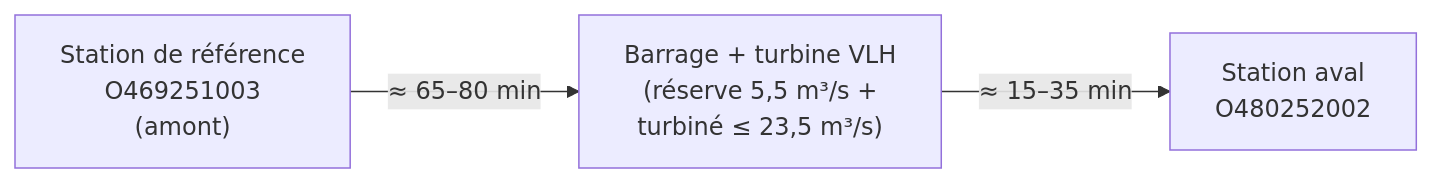
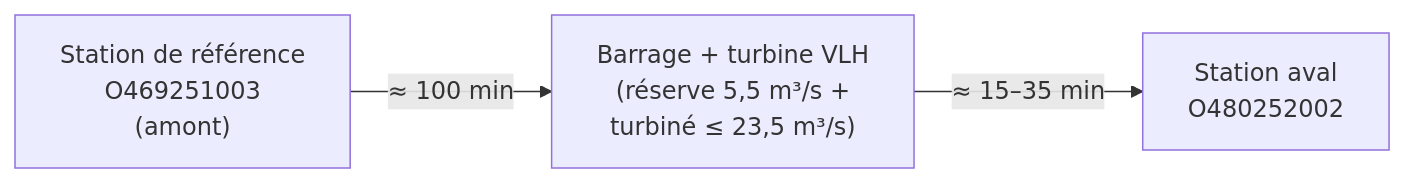
Before and after one commit to luniks/hydroflow: the second of 3 diagrams in docs/modele-turbine.md, drawn with Mermaid. The commit also changed other lines of this file and 18 other files, not shown here.

Commit message:
feat: recalibrage propagation depuis la station de référence

````diff
--- a/docs/modele-turbine.md
+++ b/docs/modele-turbine.md
@@ -40,5 +40,5 @@
 ```mermaid
 flowchart LR
-    R["Station de référence<br/>O469251003<br/>(amont)"] -- "≈ 65–80 min" --> T["Barrage + turbine VLH<br/>(réserve 5,5 m³/s +<br/>turbiné ≤ 23,5 m³/s)"]
+    R["Station de référence<br/>O469251003<br/>(amont)"] -- "≈ 100 min" --> T["Barrage + turbine VLH<br/>(réserve 5,5 m³/s +<br/>turbiné ≤ 23,5 m³/s)"]
     T -- "≈ 15–35 min" --> D["Station aval<br/>O480252002"]
 ```
````
